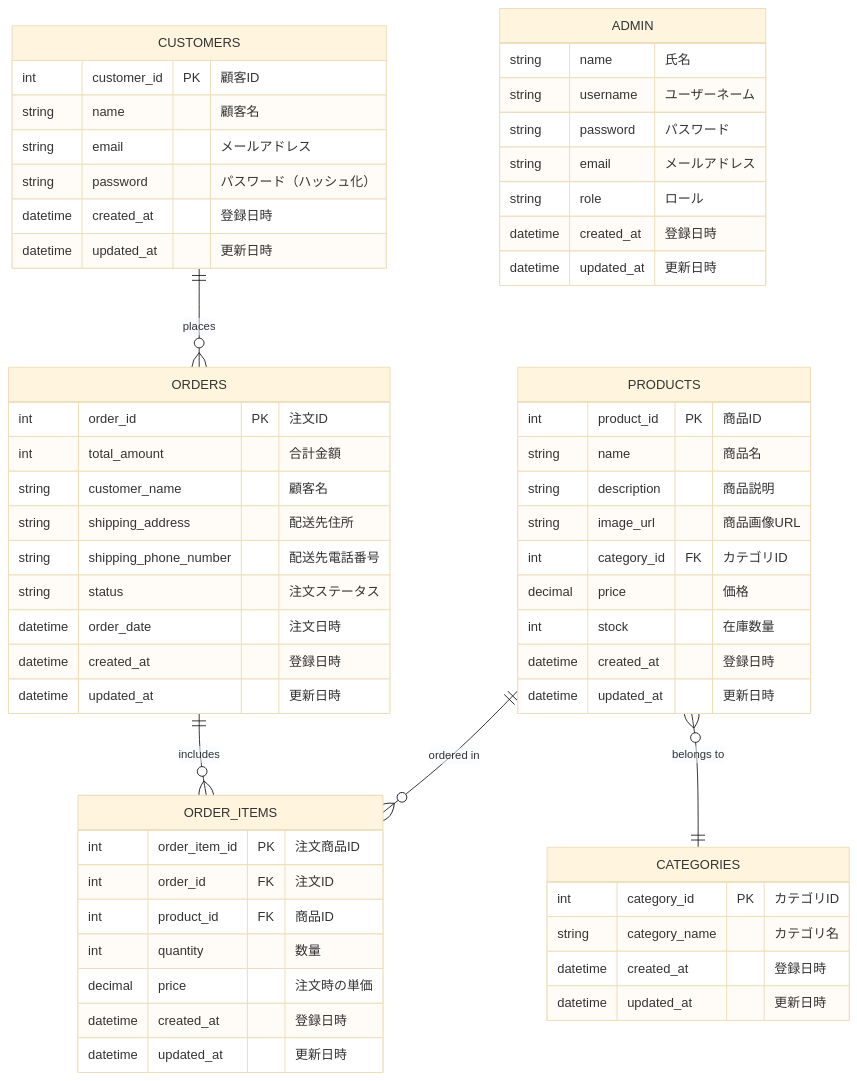
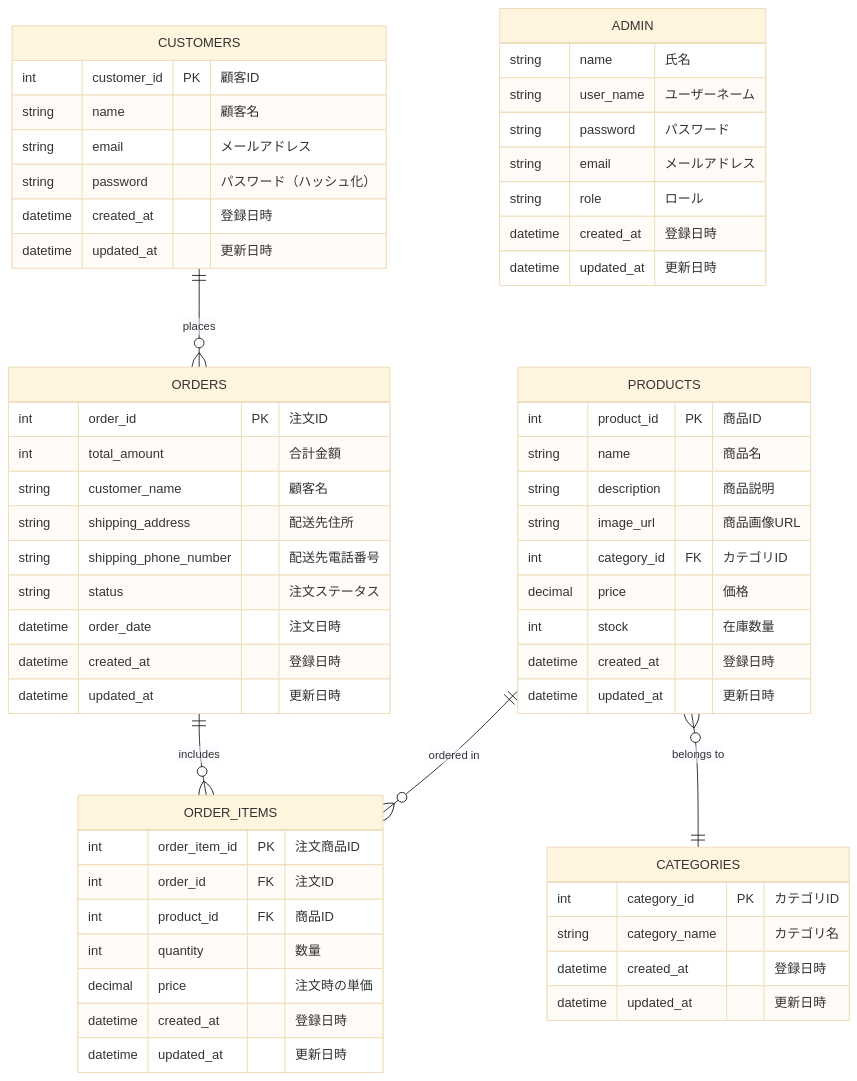
Diagram 12 of 13 in 詳細設計書/詳細設計書.md (Rikumt12/Popcorn), drawn with Mermaid (base theme) before and after one commit. The commit also changed other lines of this file, not shown here.

````diff
--- a/詳細設計書/詳細設計書.md
+++ b/詳細設計書/詳細設計書.md
@@ -1075,63 +1085,63 @@
 ```mermaid
 
 erDiagram
     CUSTOMERS ||--o{ ORDERS : "places"
     PRODUCTS }o--|| CATEGORIES : "belongs to"
     ORDERS ||--o{ ORDER_ITEMS : "includes"
     PRODUCTS ||--o{ ORDER_ITEMS : "ordered in"
 
     CUSTOMERS {
         int customer_id PK "顧客ID"
         string name "顧客名"
         string email "メールアドレス"
         string password "パスワード（ハッシュ化）"
         datetime created_at "登録日時"
         datetime updated_at "更新日時"
     }
     PRODUCTS {
         int product_id PK "商品ID"
         string name "商品名"
         string description "商品説明"
         string image_url "商品画像URL"
         int category_id FK "カテゴリID"
         decimal price "価格"
         int stock "在庫数量"
         datetime created_at "登録日時"
         datetime updated_at "更新日時"
     }
     CATEGORIES {
         int category_id PK "カテゴリID"
         string category_name "カテゴリ名"
         datetime created_at "登録日時"
         datetime updated_at "更新日時"
     }
     ORDERS {
         int order_id PK "注文ID"
         int total_amount "合計金額"
         string customer_name "顧客名"
         string shipping_address "配送先住所"
         string shipping_phone_number "配送先電話番号"
         string status "注文ステータス"
         datetime order_date "注文日時"
         datetime created_at "登録日時"
         datetime updated_at "更新日時"
     }
     ORDER_ITEMS {
         int order_item_id PK "注文商品ID"
         int order_id FK "注文ID"
         int product_id FK "商品ID"
         int quantity "数量"
         decimal price "注文時の単価"
         datetime created_at "登録日時"
         datetime updated_at "更新日時"
     }
     ADMIN {
         string name "氏名"
-        string username "ユーザーネーム"
+        string user_name "ユーザーネーム"
         string password "パスワード"
         string email "メールアドレス"
         string role "ロール"
         datetime created_at "登録日時"
         datetime updated_at "更新日時"
     }
 ```
````
